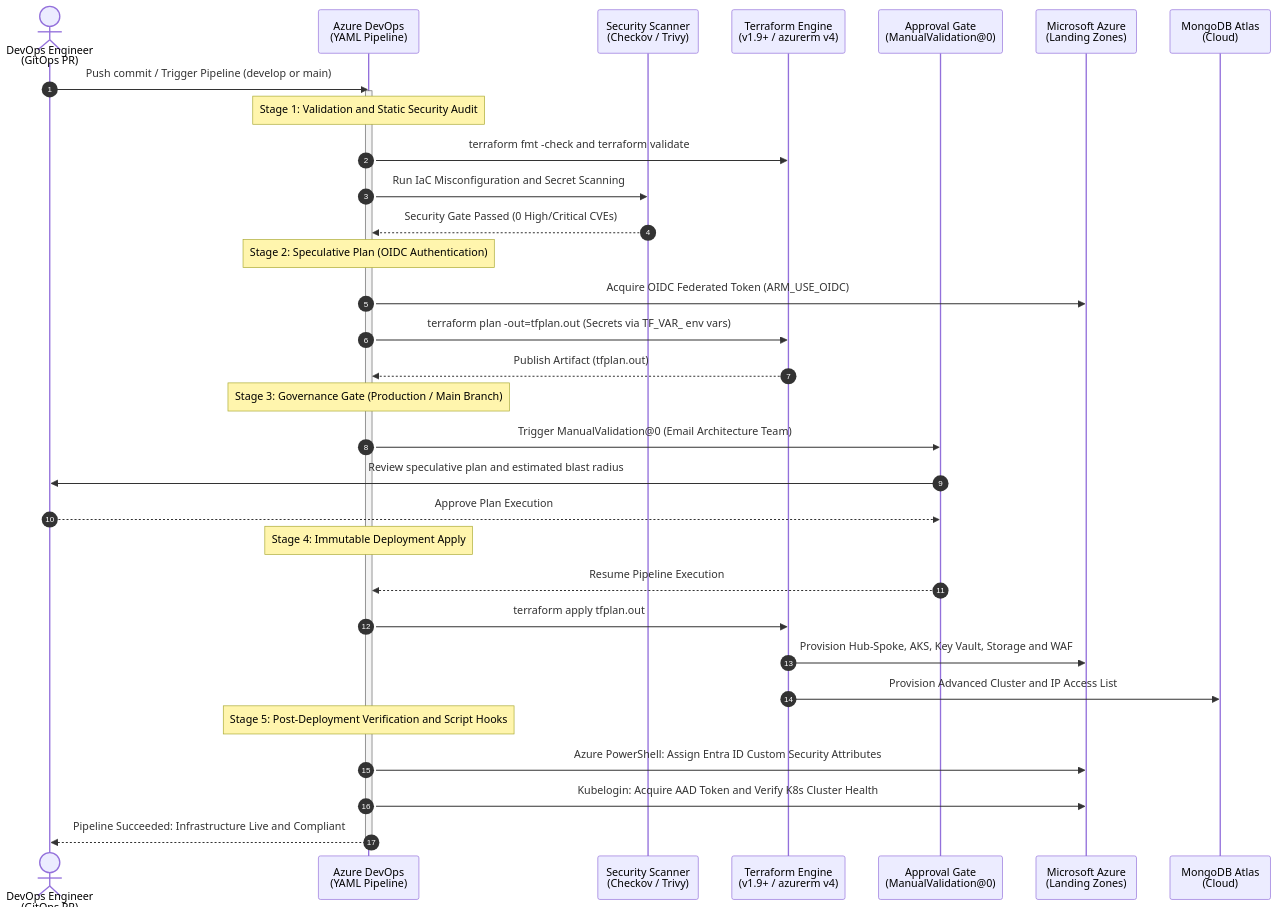
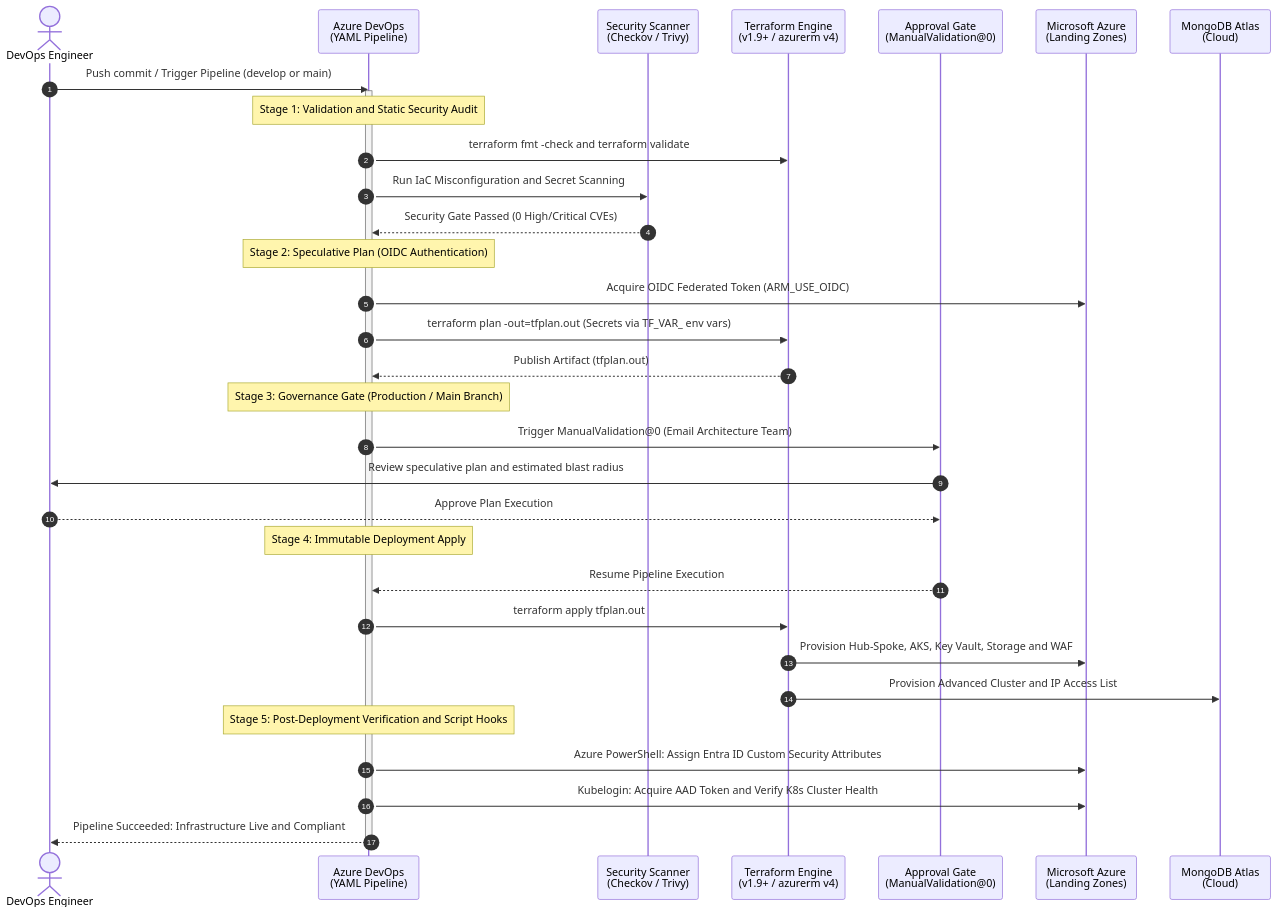
The third of 6 diagrams in README.md (nubenetes/terraform-azure-devops-agentic), drawn with Mermaid before and after one commit. The commit also changed other lines of this file, not shown here.

Commit message:
docs: resolve text clipping and word cutoffs across all README mermaid diagrams

````diff
--- a/README.md
+++ b/README.md
@@ -414,35 +414,35 @@
 ```mermaid
 sequenceDiagram
     autonumber
-    actor DevSecOps as DevOps Engineer<br/>(GitOps PR)
+    actor DevSecOps as DevOps Engineer
     participant ADO as Azure DevOps<br/>(YAML Pipeline)
     participant Scanner as Security Scanner<br/>(Checkov / Trivy)
     participant TF as Terraform Engine<br/>(v1.9+ / azurerm v4)
     participant Gate as Approval Gate<br/>(ManualValidation@0)
     participant Azure as Microsoft Azure<br/>(Landing Zones)
     participant Atlas as MongoDB Atlas<br/>(Cloud)
     DevSecOps->>ADO: Push commit / Trigger Pipeline (develop or main)
     activate ADO
     Note over ADO: Stage 1: Validation and Static Security Audit
     ADO->>TF: terraform fmt -check and terraform validate
     ADO->>Scanner: Run IaC Misconfiguration and Secret Scanning
     Scanner-->>ADO: Security Gate Passed (0 High/Critical CVEs)
     Note over ADO: Stage 2: Speculative Plan (OIDC Authentication)
     ADO->>Azure: Acquire OIDC Federated Token (ARM_USE_OIDC)
     ADO->>TF: terraform plan -out=tfplan.out (Secrets via TF_VAR_ env vars)
     TF-->>ADO: Publish Artifact (tfplan.out)
     Note over ADO: Stage 3: Governance Gate (Production / Main Branch)
     ADO->>Gate: Trigger ManualValidation@0 (Email Architecture Team)
     Gate->>DevSecOps: Review speculative plan and estimated blast radius
     DevSecOps-->>Gate: Approve Plan Execution
     Note over ADO: Stage 4: Immutable Deployment Apply
     Gate-->>ADO: Resume Pipeline Execution
     ADO->>TF: terraform apply tfplan.out
     TF->>Azure: Provision Hub-Spoke, AKS, Key Vault, Storage and WAF
     TF->>Atlas: Provision Advanced Cluster and IP Access List
     Note over ADO: Stage 5: Post-Deployment Verification and Script Hooks
     ADO->>Azure: Azure PowerShell: Assign Entra ID Custom Security Attributes
     ADO->>Azure: Kubelogin: Acquire AAD Token and Verify K8s Cluster Health
     ADO-->>DevSecOps: Pipeline Succeeded: Infrastructure Live and Compliant
     deactivate ADO
 ```
````
